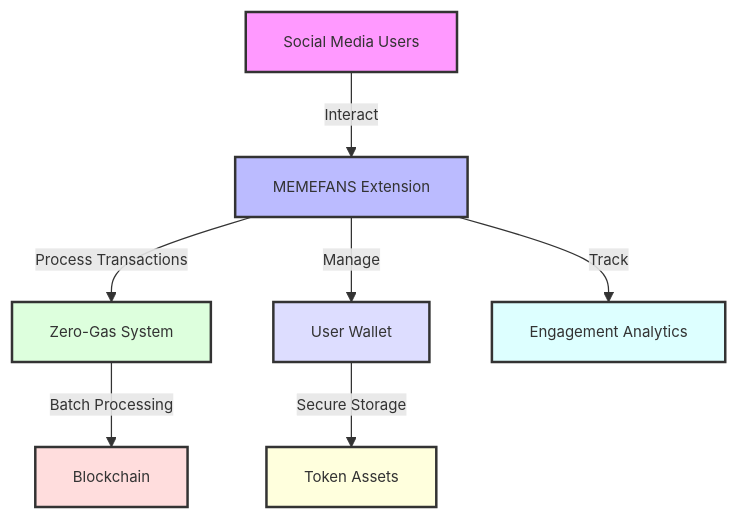
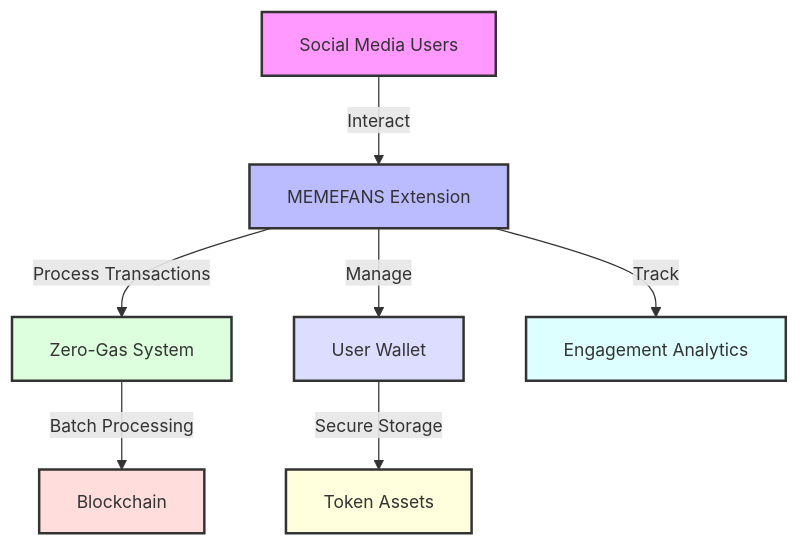
One commit to MEMEFANS/memefans changed the second of 4 diagrams in docs/whitepaper/executive-summary.md. Above: the diagram before and after it, drawn with Mermaid. The commit also changed other lines of this file, not shown here.

Commit message:
adjust: increase diagram sizes and font size for better readability

````diff
--- a/docs/whitepaper/executive-summary.md
+++ b/docs/whitepaper/executive-summary.md
@@ -46,17 +46,17 @@
 ```mermaid
-%%{init: {'theme': 'default', 'themeVariables': { 'fontSize': '12px'}, 'flowchart': {'width': 500, 'height': 300 }}}%%
+%%{init: {'theme': 'default', 'themeVariables': { 'fontSize': '14px'}, 'flowchart': {'width': 700, 'height': 400 }}}%%
 graph TD
     A[Social Media Users] -->|Interact| B[MEMEFANS Extension]
     B -->|Process Transactions| C[Zero-Gas System]
     C -->|Batch Processing| D[Blockchain]
     B -->|Manage| E[User Wallet]
     E -->|Secure Storage| F[Token Assets]
     B -->|Track| G[Engagement Analytics]
     style A fill:#f9f,stroke:#333,stroke-width:2px
     style B fill:#bbf,stroke:#333,stroke-width:2px
     style C fill:#dfd,stroke:#333,stroke-width:2px
     style D fill:#fdd,stroke:#333,stroke-width:2px
     style E fill:#ddf,stroke:#333,stroke-width:2px
     style F fill:#ffd,stroke:#333,stroke-width:2px
     style G fill:#dff,stroke:#333,stroke-width:2px
 ```
````
